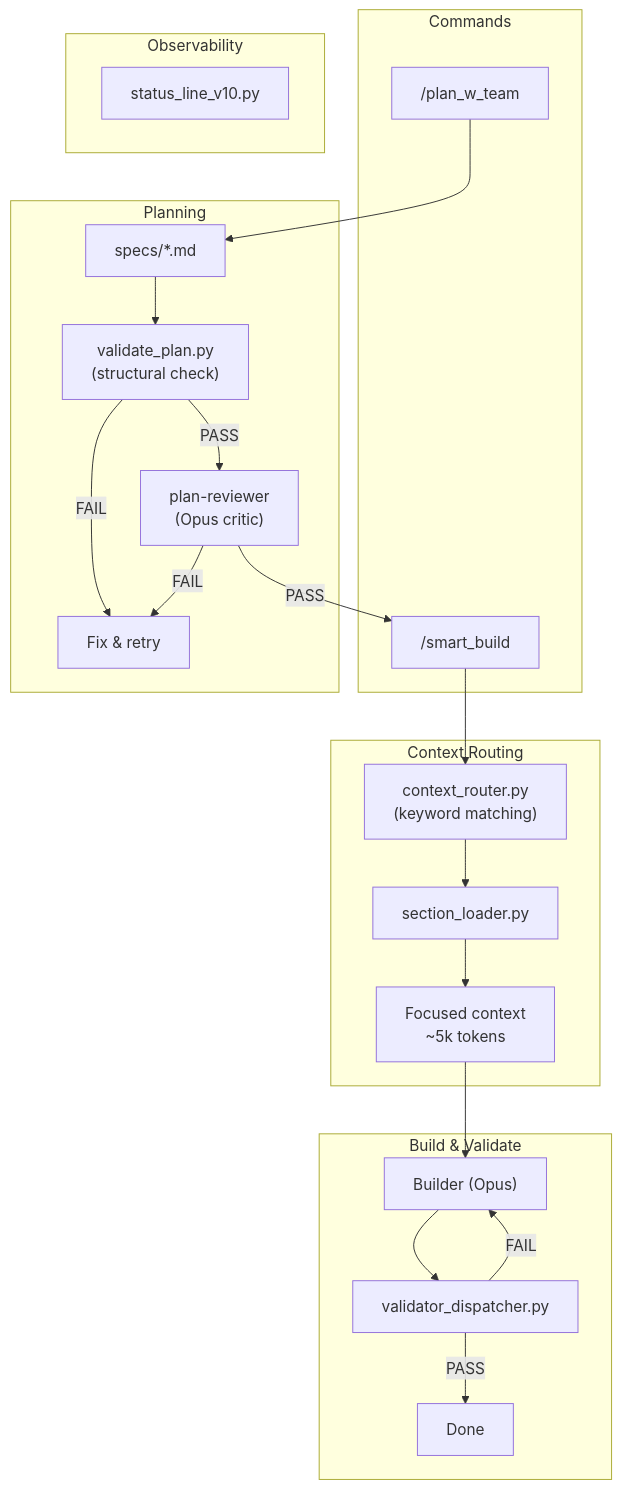
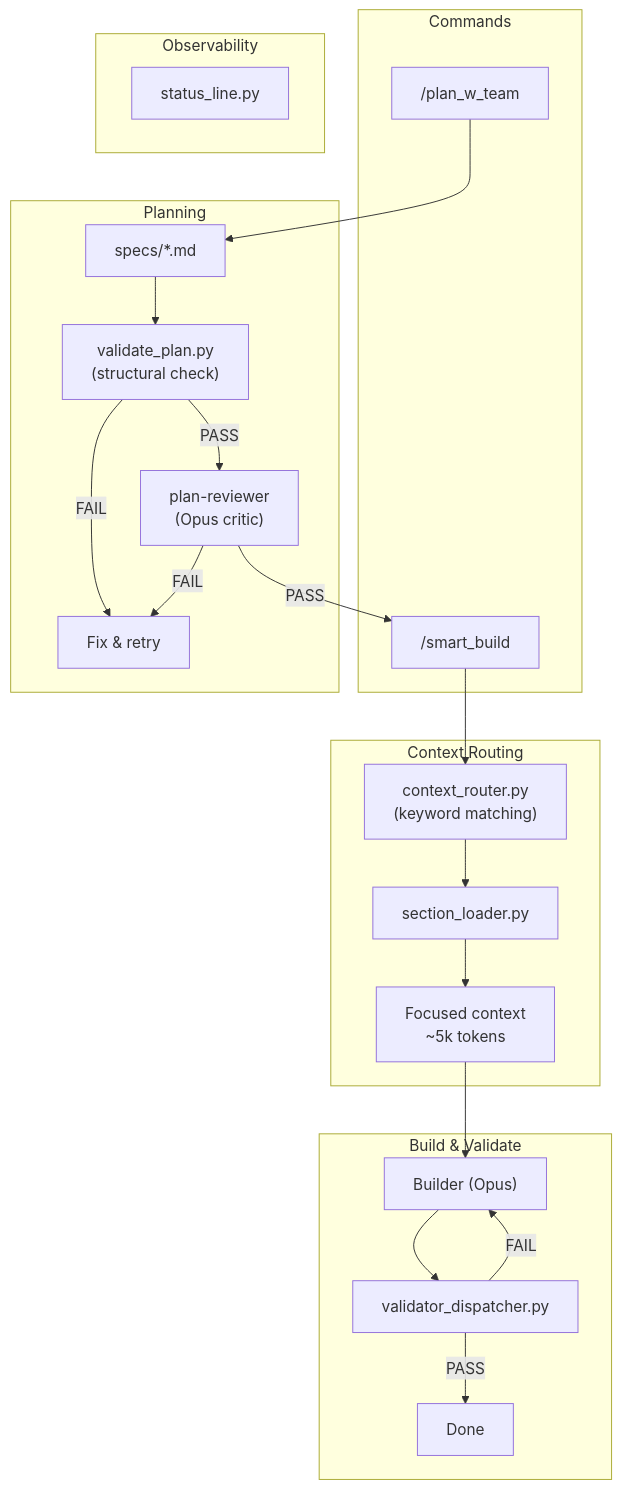
One commit to a-simeshin/claude-code-hooks-mastery changed the diagram in README.md. Above: the diagram before and after it, drawn with Mermaid. The commit also changed 4 other files, not shown here.

First line of the commit message:
refactor: Replace v10 status line with clean status_line.py

````diff
--- a/README.md
+++ b/README.md
@@ -22,33 +22,33 @@
 ```mermaid
 flowchart TB
     subgraph Commands
         plan["/plan_w_team"]
         smart["/smart_build"]
     end
 
     subgraph Planning
         plan --> spec["specs/*.md"]
         spec --> vp["validate_plan.py<br/>(structural check)"]
         vp -->|PASS| pr["plan-reviewer<br/>(Opus critic)"]
         pr -->|PASS| smart
         vp -->|FAIL| fix["Fix & retry"]
         pr -->|FAIL| fix
     end
 
     subgraph "Context Routing"
         smart --> cr["context_router.py<br/>(keyword matching)"]
         cr --> sl["section_loader.py"]
         sl --> ctx["Focused context<br/>~5k tokens"]
     end
 
     subgraph "Build & Validate"
         ctx --> builder["Builder (Opus)"]
         builder --> vd["validator_dispatcher.py"]
         vd -->|FAIL| builder
         vd -->|PASS| done["Done"]
     end
 
     subgraph Observability
-        status["status_line_v10.py"]
+        status["status_line.py"]
     end
 ```
````
